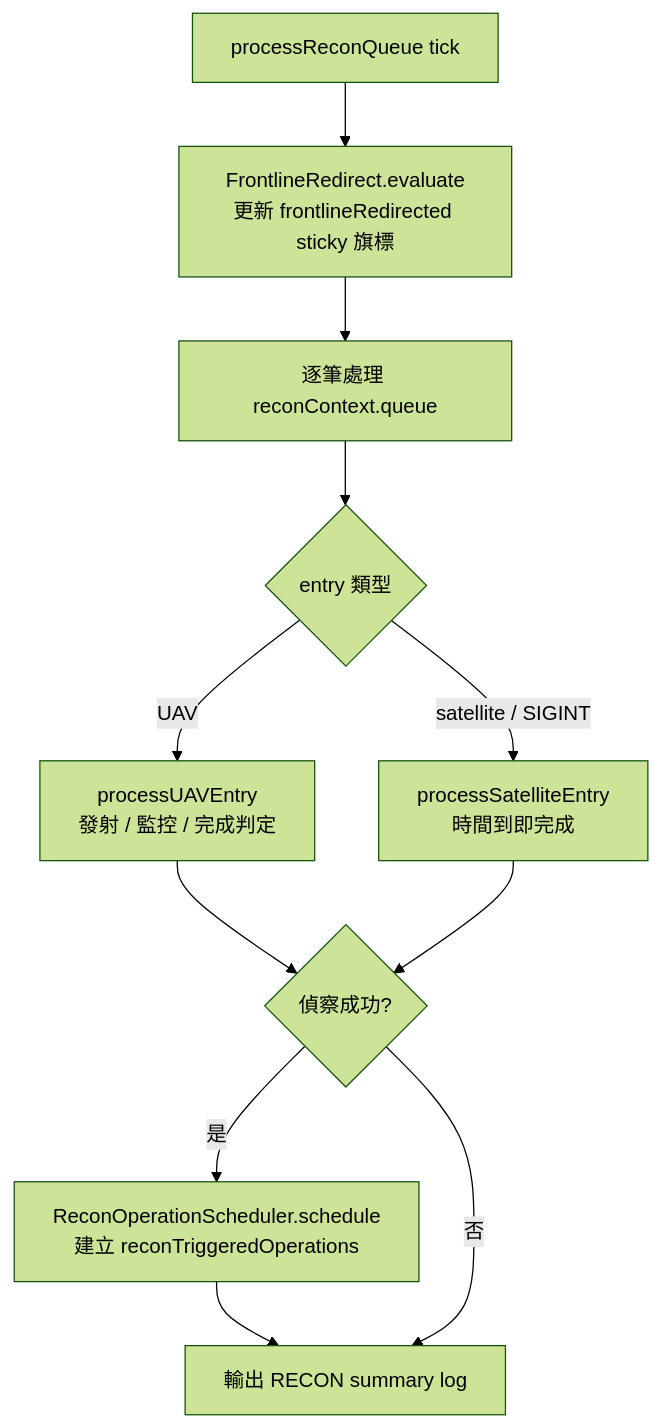
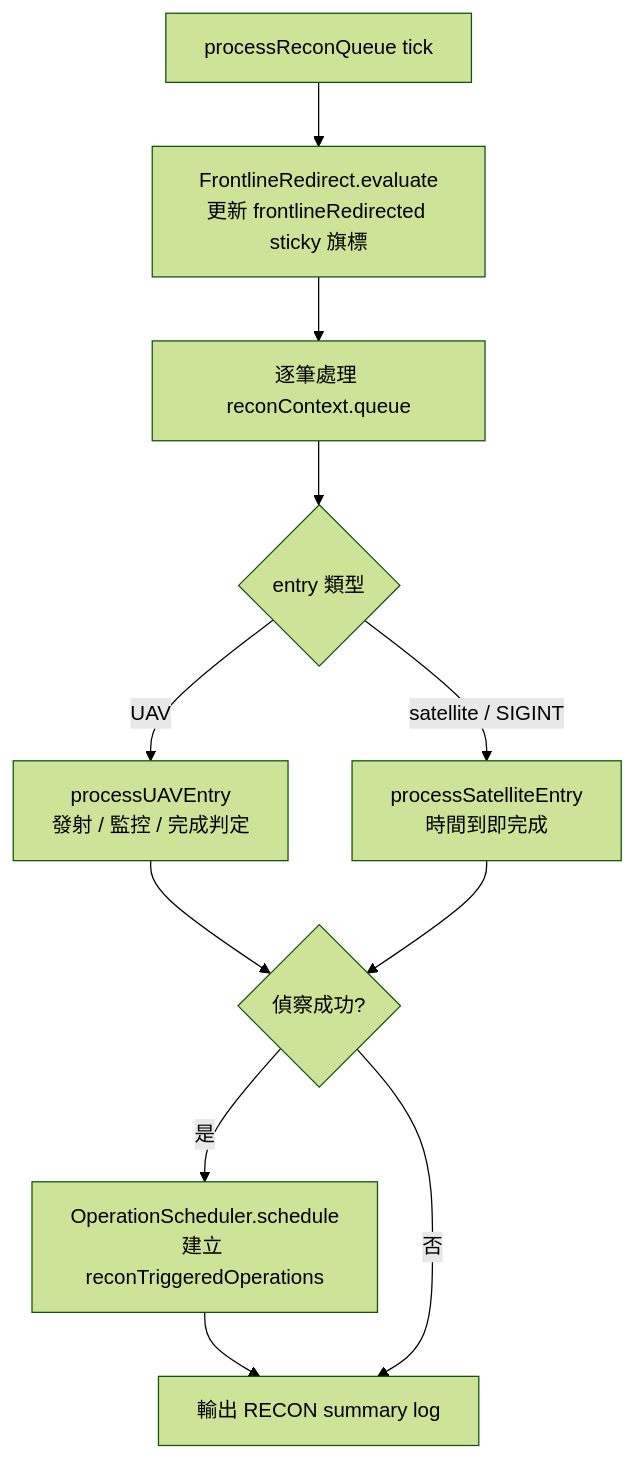
One commit to pullupjumper/formosa-in-flames changed the second of 3 diagrams in docs/strikePlanner/recon.md. Above: the diagram before and after it, drawn with Mermaid (forest theme). The commit also changed other lines of this file and 30 other files, not shown here.

````diff
--- a/docs/strikePlanner/recon.md
+++ b/docs/strikePlanner/recon.md
@@ -86,18 +86,18 @@
 ```mermaid
 flowchart TD
     TICK["processReconQueue tick"]
     REDIRECT["FrontlineRedirect.evaluate<br>更新 frontlineRedirected sticky 旗標"]
     LOOP["逐筆處理 reconContext.queue"]
     ENTRY{"entry 類型"}
     UAV["processUAVEntry<br>發射 / 監控 / 完成判定"]
     SAT["processSatelliteEntry<br>時間到即完成"]
     SUCCESS{"偵察成功?"}
-    SCHED["ReconOperationScheduler.schedule<br>建立 reconTriggeredOperations"]
+    SCHED["OperationScheduler.schedule<br>建立 reconTriggeredOperations"]
     LOG["輸出 RECON summary log"]
 
     TICK --> REDIRECT --> LOOP --> ENTRY
     ENTRY -->|UAV| UAV --> SUCCESS
     ENTRY -->|satellite / SIGINT| SAT --> SUCCESS
     SUCCESS -->|是| SCHED --> LOG
     SUCCESS -->|否| LOG
 ```
````
